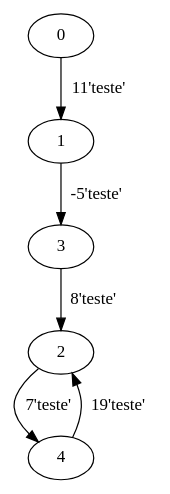
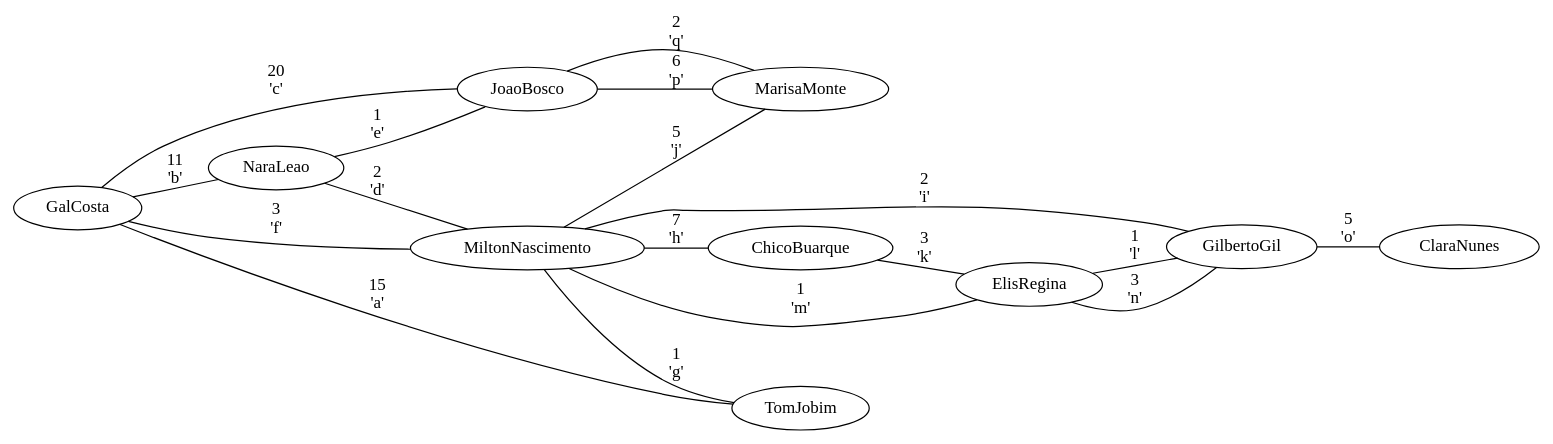
The diagram in G.dot (tiagoviniciuslopes/trabPAA2), drawn with Graphviz before and after one commit. The commit also changed 10 other files, not shown here.

```diff
--- a/G.dot
+++ b/G.dot
@@ -1,7 +1,37 @@
-digraph G {
-	0 -> 1 [label="11'teste'"];
-	1 -> 3 [label="-5'teste'"];
-	2 -> 4 [label="7'teste'"];
-	3 -> 2 [label="8'teste'"];
-	4 -> 2 [label="19'teste'"];
+graph G {
+rankdir=LR
+	GalCosta -- TomJobim [label="15
+'a'"];
+	GalCosta -- NaraLeao [label="11
+'b'"];
+	GalCosta -- JoaoBosco [label="20
+'c'"];
+	NaraLeao -- MiltonNascimento [label="2
+'d'"];
+	NaraLeao -- JoaoBosco [label="1
+'e'"];
+	MiltonNascimento -- GalCosta [label="3
+'f'"];
+	MiltonNascimento -- TomJobim [label="1
+'g'"];
+	MiltonNascimento -- ChicoBuarque [label="7
+'h'"];
+	MiltonNascimento -- GilbertoGil [label="2
+'i'"];
+	MiltonNascimento -- MarisaMonte [label="5
+'j'"];
+	ChicoBuarque -- ElisRegina [label="3
+'k'"];
+	ElisRegina -- GilbertoGil [label="1
+'l'"];
+	ElisRegina -- MiltonNascimento [label="1
+'m'"];
+	GilbertoGil -- ElisRegina [label="3
+'n'"];
+	GilbertoGil -- ClaraNunes [label="5
+'o'"];
+	MarisaMonte -- JoaoBosco [label="6
+'p'"];
+	JoaoBosco -- MarisaMonte [label="2
+'q'"];
 }
```
